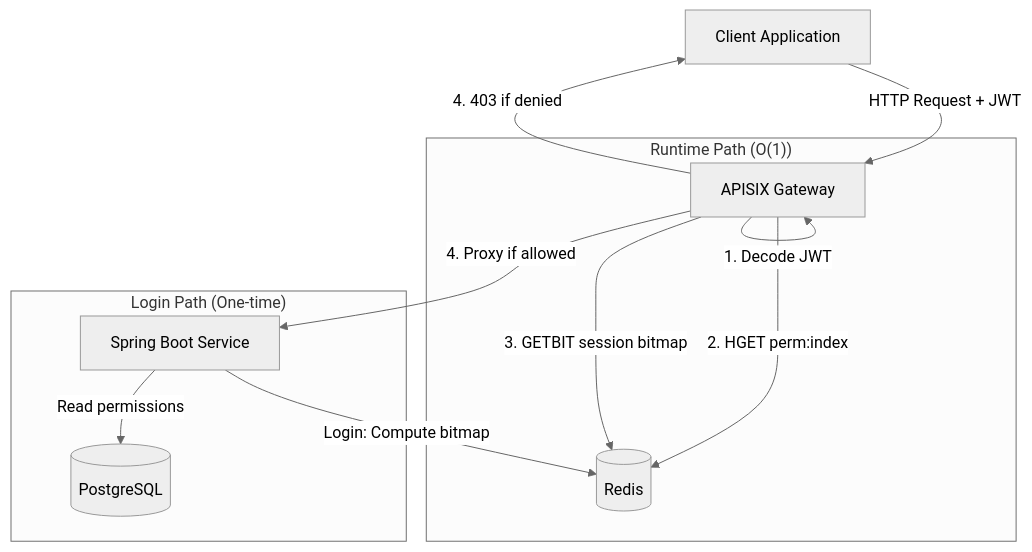
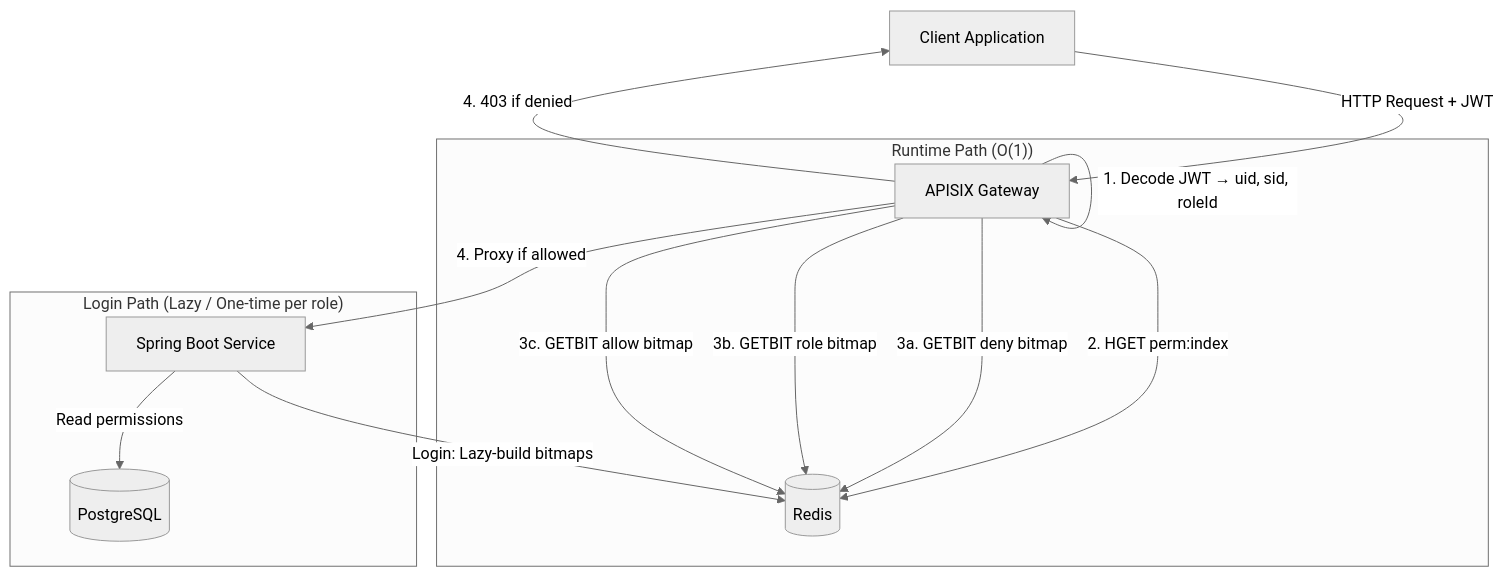
One commit to mobarakice/bitmap-authorization changed the first of 4 diagrams in docs/architecture.md. Above: the diagram before and after it, drawn with Mermaid (neutral theme). The commit also changed other lines of this file and 26 other files, not shown here.

````diff
--- a/docs/architecture.md
+++ b/docs/architecture.md
@@ -5,22 +5,24 @@
 ```mermaid
 graph TB
     Client[Client Application] -->|HTTP Request + JWT| APISIX[APISIX Gateway]
-    APISIX -->|1. Decode JWT| APISIX
+    APISIX -->|1. Decode JWT → uid, sid, roleId| APISIX
     APISIX -->|2. HGET perm:index| Redis[(Redis)]
-    APISIX -->|3. GETBIT session bitmap| Redis
+    APISIX -->|3a. GETBIT deny bitmap| Redis
+    APISIX -->|3b. GETBIT role bitmap| Redis
+    APISIX -->|3c. GETBIT allow bitmap| Redis
     APISIX -->|4. Proxy if allowed| SpringBoot[Spring Boot Service]
     APISIX -->|4. 403 if denied| Client
 
-    SpringBoot -->|Login: Compute bitmap| Redis
+    SpringBoot -->|Login: Lazy-build bitmaps| Redis
     SpringBoot -->|Read permissions| PostgreSQL[(PostgreSQL)]
 
     subgraph "Runtime Path (O(1))"
         APISIX
         Redis
     end
 
-    subgraph "Login Path (One-time)"
+    subgraph "Login Path (Lazy / One-time per role)"
         SpringBoot
         PostgreSQL
     end
 ```
````
